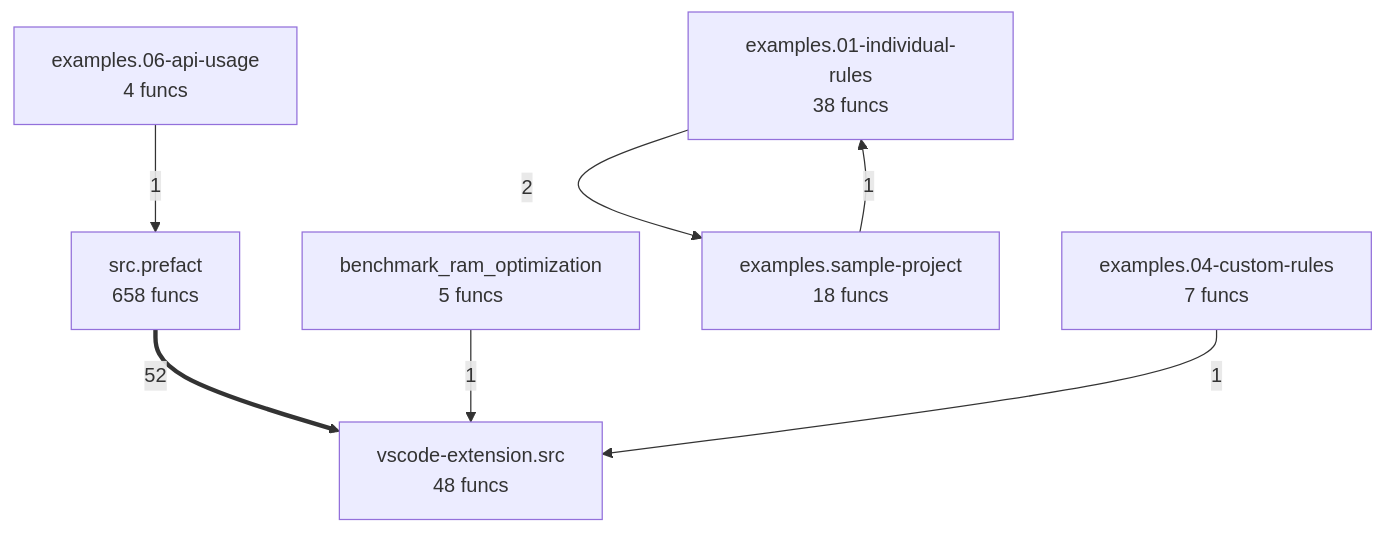
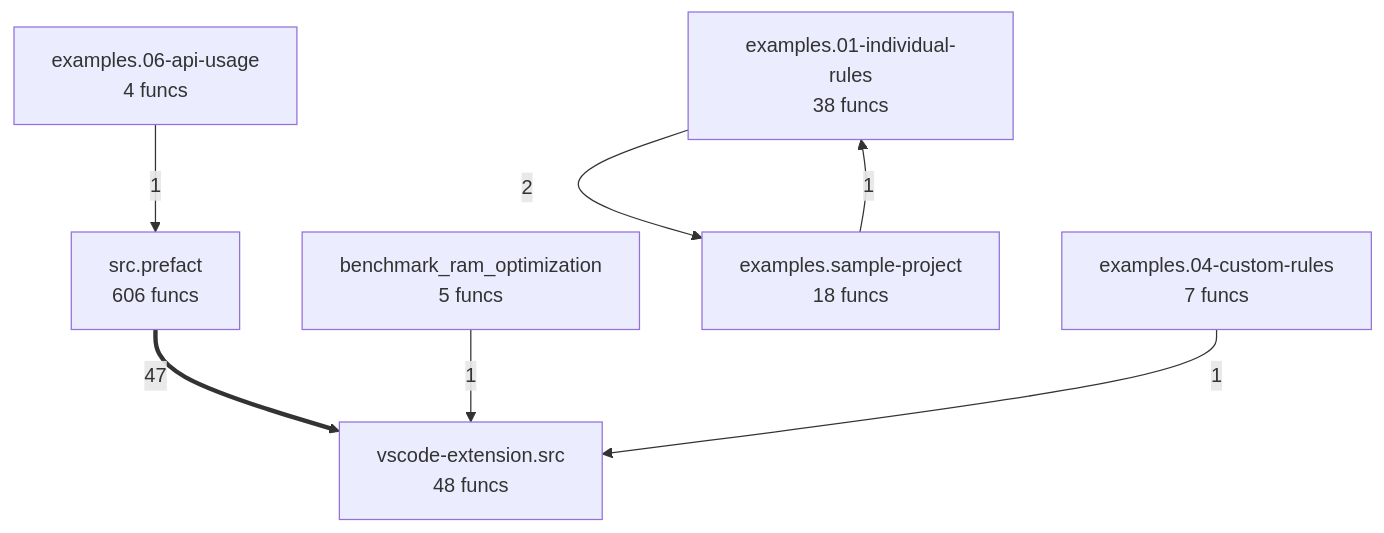
Before and after one commit to semcod/prefact: the diagram in project/compact_flow.mmd, drawn with Mermaid. The commit also changed 62 other files, not shown here.

```diff
--- a/project/compact_flow.mmd
+++ b/project/compact_flow.mmd
@@ -1,14 +1,14 @@
 flowchart TD
     benchmark_ram_optimization["benchmark_ram_optimization<br/>5 funcs"]
     examples__01_individual_rules["examples.01-individual-rules<br/>38 funcs"]
     examples__04_custom_rules["examples.04-custom-rules<br/>7 funcs"]
     examples__06_api_usage["examples.06-api-usage<br/>4 funcs"]
     examples__sample_project["examples.sample-project<br/>18 funcs"]
-    src__prefact["src.prefact<br/>658 funcs"]
+    src__prefact["src.prefact<br/>606 funcs"]
     vscode_extension__src["vscode-extension.src<br/>48 funcs"]
-    src__prefact ==>|52| vscode_extension__src
+    src__prefact ==>|47| vscode_extension__src
     examples__01_individual_rules -->|2| examples__sample_project
     benchmark_ram_optimization -->|1| vscode_extension__src
     examples__sample_project -->|1| examples__01_individual_rules
     examples__04_custom_rules -->|1| vscode_extension__src
     examples__06_api_usage -->|1| src__prefact
```
